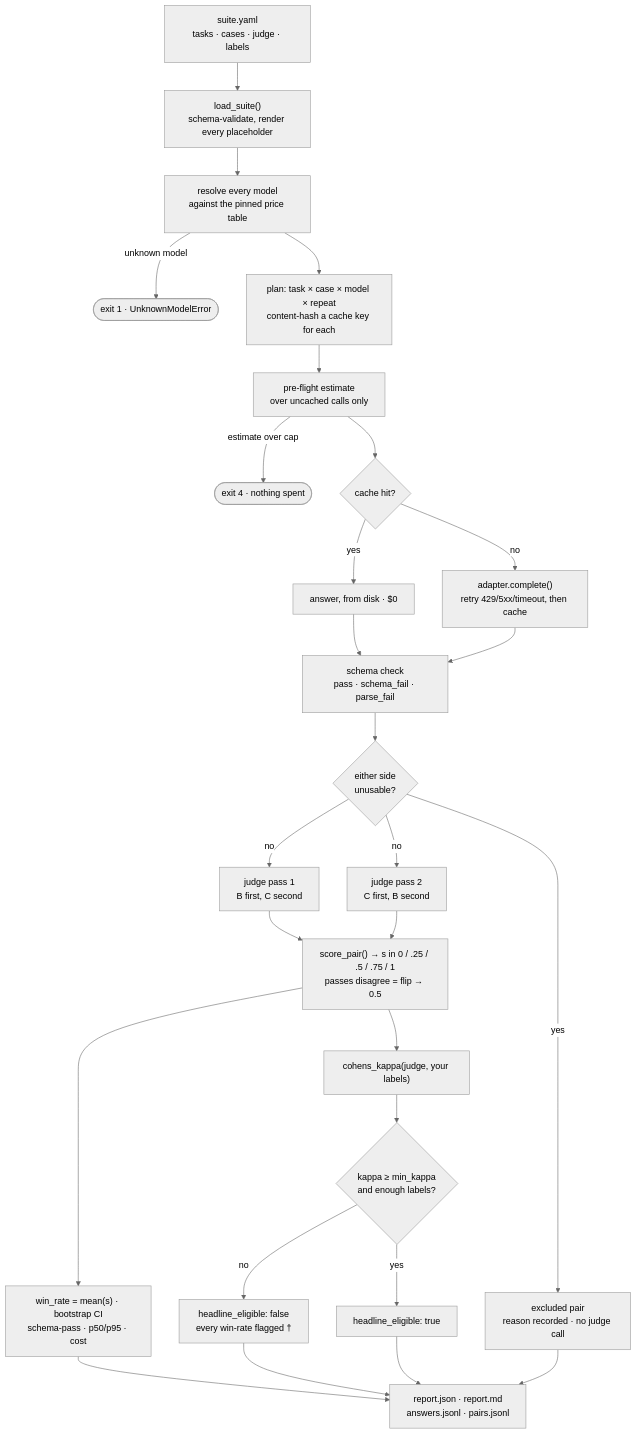
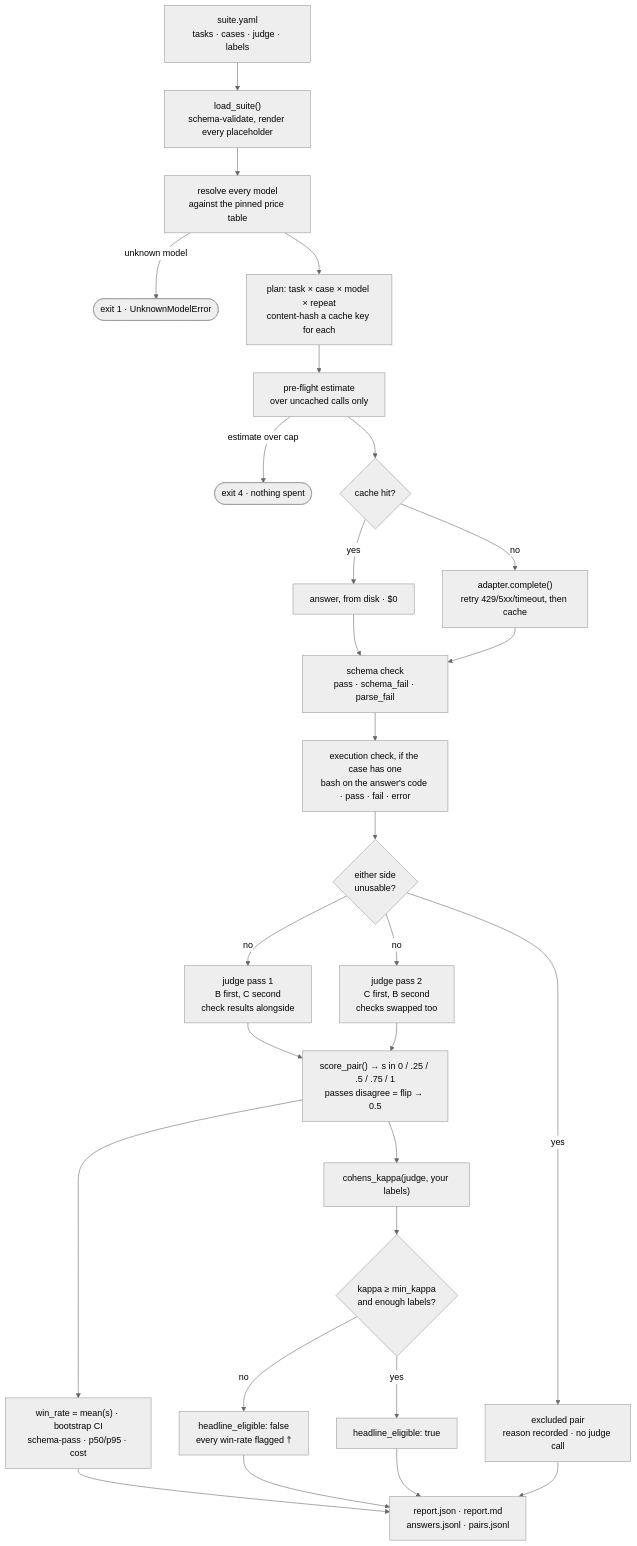
The diagram in docs/learning/how-it-works.md (hishamalward/evalmine), drawn with Mermaid (neutral theme) before and after one commit. The commit also changed other lines of this file and 11 other files, not shown here.

````diff
--- a/docs/learning/how-it-works.md
+++ b/docs/learning/how-it-works.md
@@ -24,29 +26,30 @@
 ```mermaid
 flowchart TD
     A["suite.yaml<br/>tasks · cases · judge · labels"] --> B["load_suite()<br/>schema-validate, render every placeholder"]
     B --> C["resolve every model<br/>against the pinned price table"]
     C -->|unknown model| X([exit 1 · UnknownModelError])
     C --> D["plan: task × case × model × repeat<br/>content-hash a cache key for each"]
     D --> E["pre-flight estimate<br/>over uncached calls only"]
     E -->|estimate over cap| Y([exit 4 · nothing spent])
     E --> F{"cache hit?"}
     F -->|yes| G["answer, from disk · $0"]
     F -->|no| H["adapter.complete()<br/>retry 429/5xx/timeout, then cache"]
     G --> I["schema check<br/>pass · schema_fail · parse_fail"]
     H --> I
-    I --> J{"either side<br/>unusable?"}
+    I --> I2["execution check, if the case has one<br/>bash on the answer's code · pass · fail · error"]
+    I2 --> J{"either side<br/>unusable?"}
     J -->|yes| K["excluded pair<br/>reason recorded · no judge call"]
-    J -->|no| L["judge pass 1<br/>B first, C second"]
-    J -->|no| M["judge pass 2<br/>C first, B second"]
+    J -->|no| L["judge pass 1<br/>B first, C second<br/>check results alongside"]
+    J -->|no| M["judge pass 2<br/>C first, B second<br/>checks swapped too"]
     L --> N["score_pair() → s in 0 / .25 / .5 / .75 / 1<br/>passes disagree = flip → 0.5"]
     M --> N
     N --> O["win_rate = mean(s) · bootstrap CI<br/>schema-pass · p50/p95 · cost"]
     N --> P["cohens_kappa(judge, your labels)"]
     P --> Q{"kappa ≥ min_kappa<br/>and enough labels?"}
     Q -->|no| R["headline_eligible: false<br/>every win-rate flagged †"]
     Q -->|yes| S["headline_eligible: true"]
     O --> T["report.json · report.md<br/>answers.jsonl · pairs.jsonl"]
     R --> T
     S --> T
     K --> T
 ```
````
